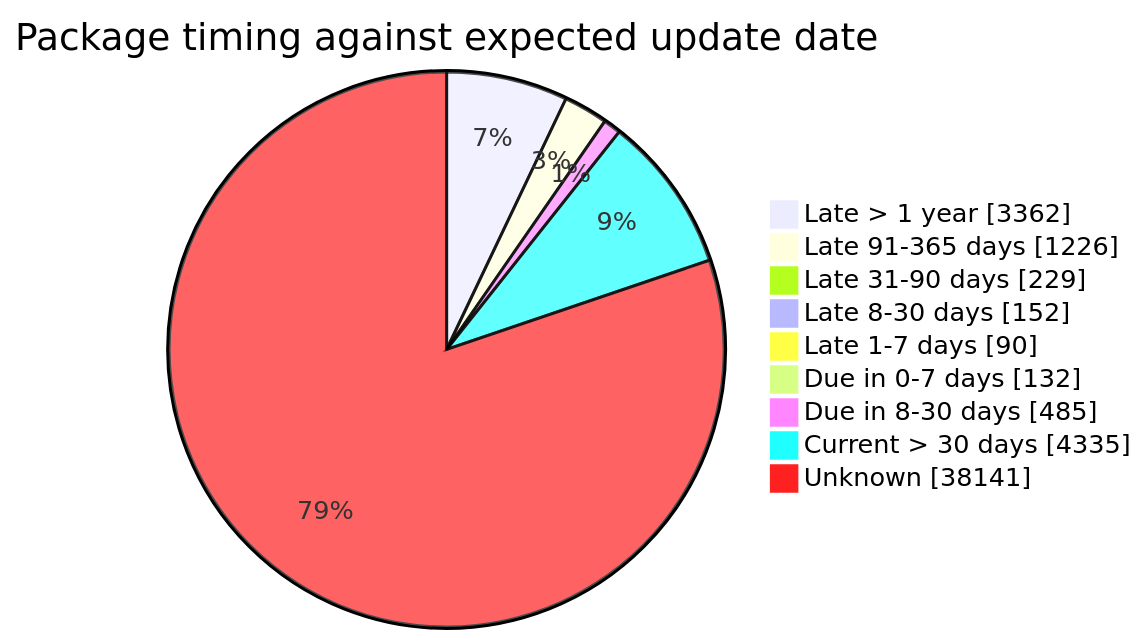
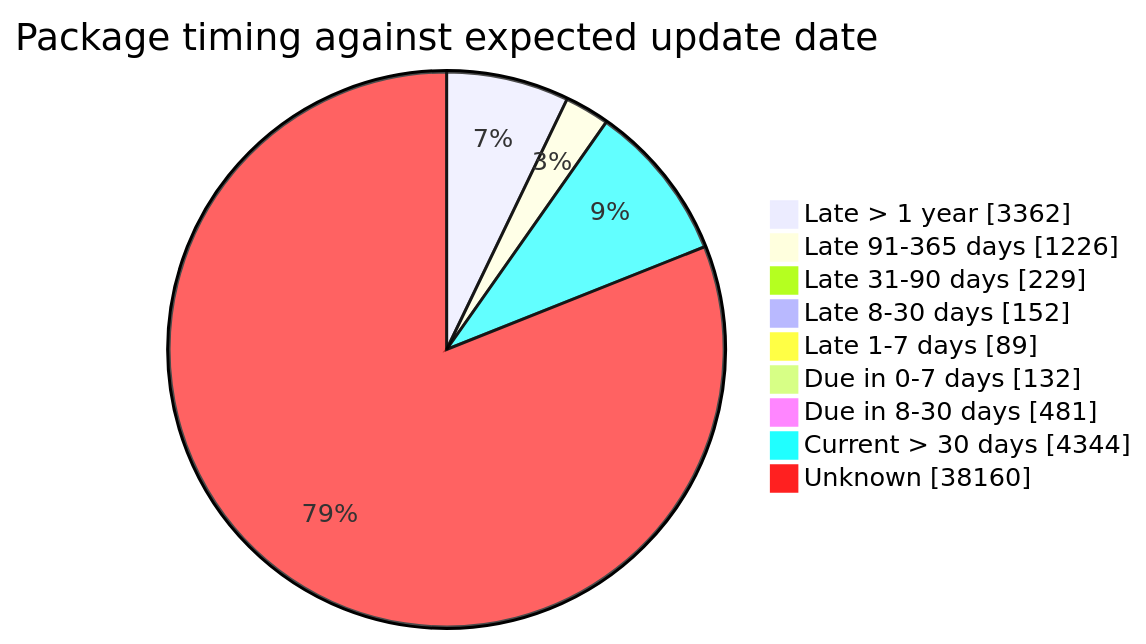
Before and after one commit to open-data/analytics-corporate-reporting: the fourth of 5 diagrams in FreshCheck/README.md, drawn with Mermaid. The commit also changed other lines of this file and 3 other files, not shown here.

````diff
--- a/FreshCheck/README.md
+++ b/FreshCheck/README.md
@@ -86,12 +86,12 @@
 ```mermaid
 pie showData title Package timing against expected update date
     "Late > 1 year": 3362
     "Late 91-365 days": 1226
     "Late 31-90 days": 229
     "Late 8-30 days": 152
-    "Late 1-7 days": 90
+    "Late 1-7 days": 89
     "Due in 0-7 days": 132
-    "Due in 8-30 days": 485
-    "Current > 30 days": 4335
-    "Unknown": 38141
+    "Due in 8-30 days": 481
+    "Current > 30 days": 4344
+    "Unknown": 38160
 ```
````
